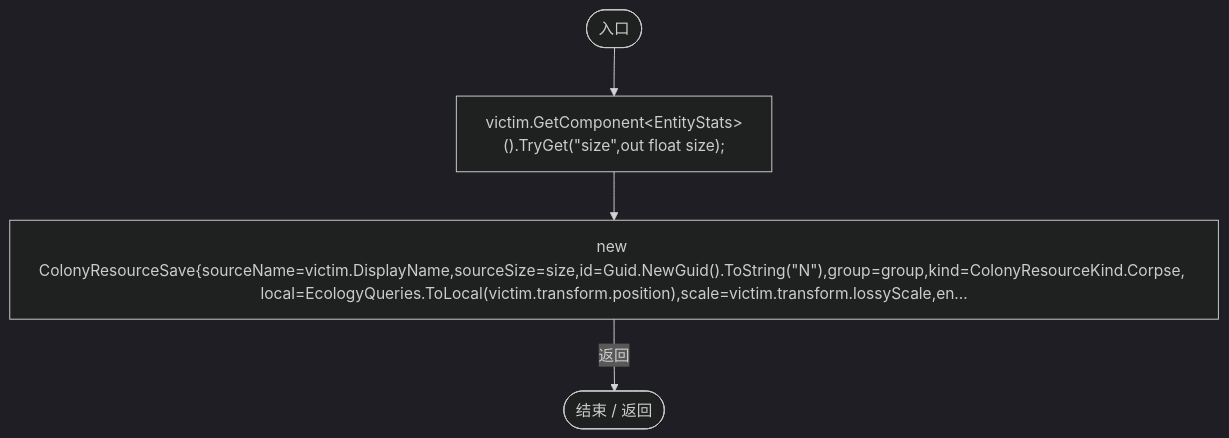
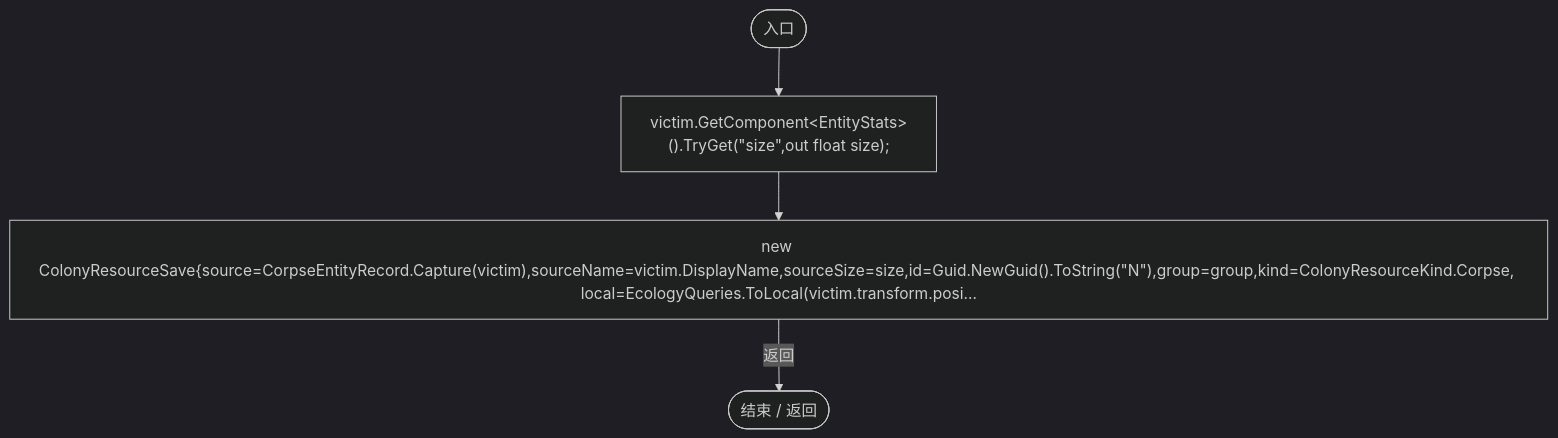
Before and after one commit to xhs6666/Darwin_paradise: diagram 11 of 23 in Docs/运行流程图/脚本/293dbaecfff4b585.md, drawn with Mermaid (dark theme). The commit also changed other lines of this file and 184 other files, not shown here.

Commit message:
fix: eliminate colony search stalls and unify entity inspection

````diff
--- a/Docs/运行流程图/脚本/293dbaecfff4b585.md
+++ b/Docs/运行流程图/脚本/293dbaecfff4b585.md
@@ -278,11 +278,11 @@
 ```mermaid
 flowchart TD
   b0(["入口"])
   b1["victim.GetComponent&lt;EntityStats&gt;().TryGet(&quot;size&quot;,out float size);"]
-  b2["new ColonyResourceSave{sourceName=victim.DisplayName,sourceSize=size,id=Guid.NewGuid().ToString(&quot;N&quot;),group=group,kind=ColonyResourceKind.Corpse, local=EcologyQueries.ToLocal(victim.transform.position),scale=victim.transform.lossyScale,en…"]
+  b2["new ColonyResourceSave{source=CorpseEntityRecord.Capture(victim),sourceName=victim.DisplayName,sourceSize=size,id=Guid.NewGuid().ToString(&quot;N&quot;),group=group,kind=ColonyResourceKind.Corpse, local=EcologyQueries.ToLocal(victim.transform.posi…"]
   b3(["结束 / 返回"])
   b0 --> b1
   b1 --> b2
   b2 -->|"返回"| b3
 
 ```
````
